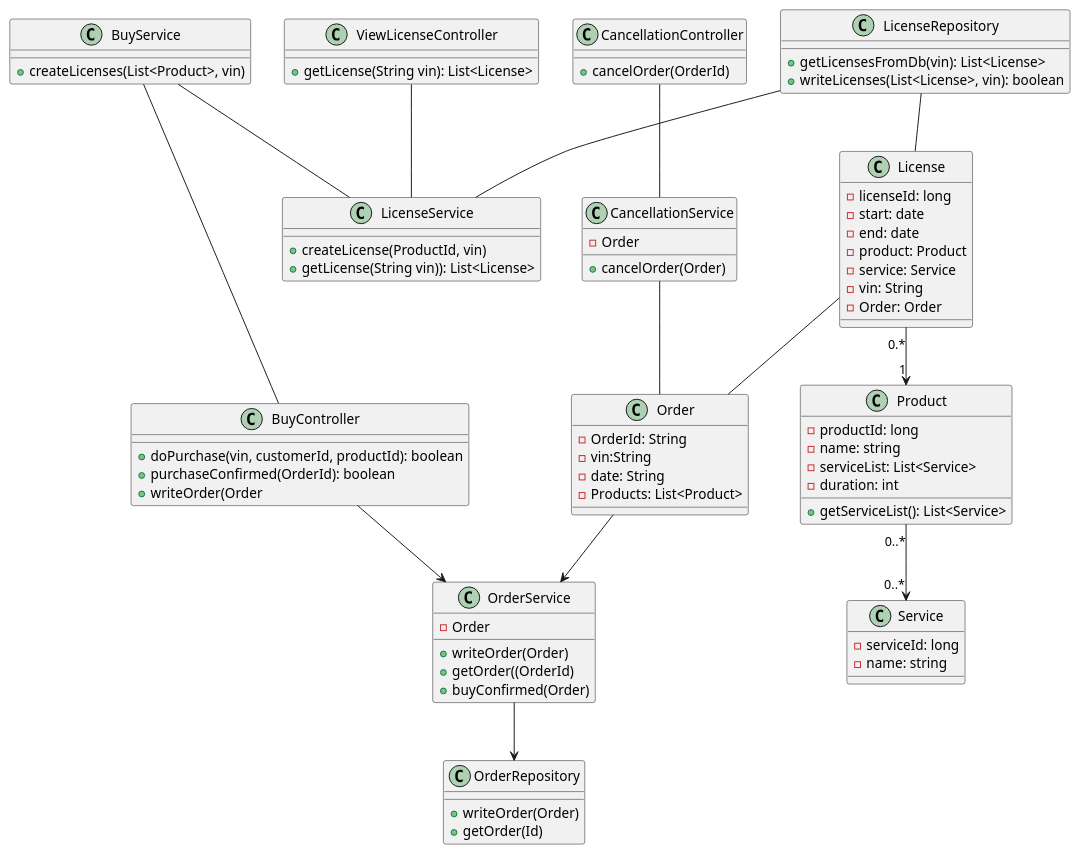
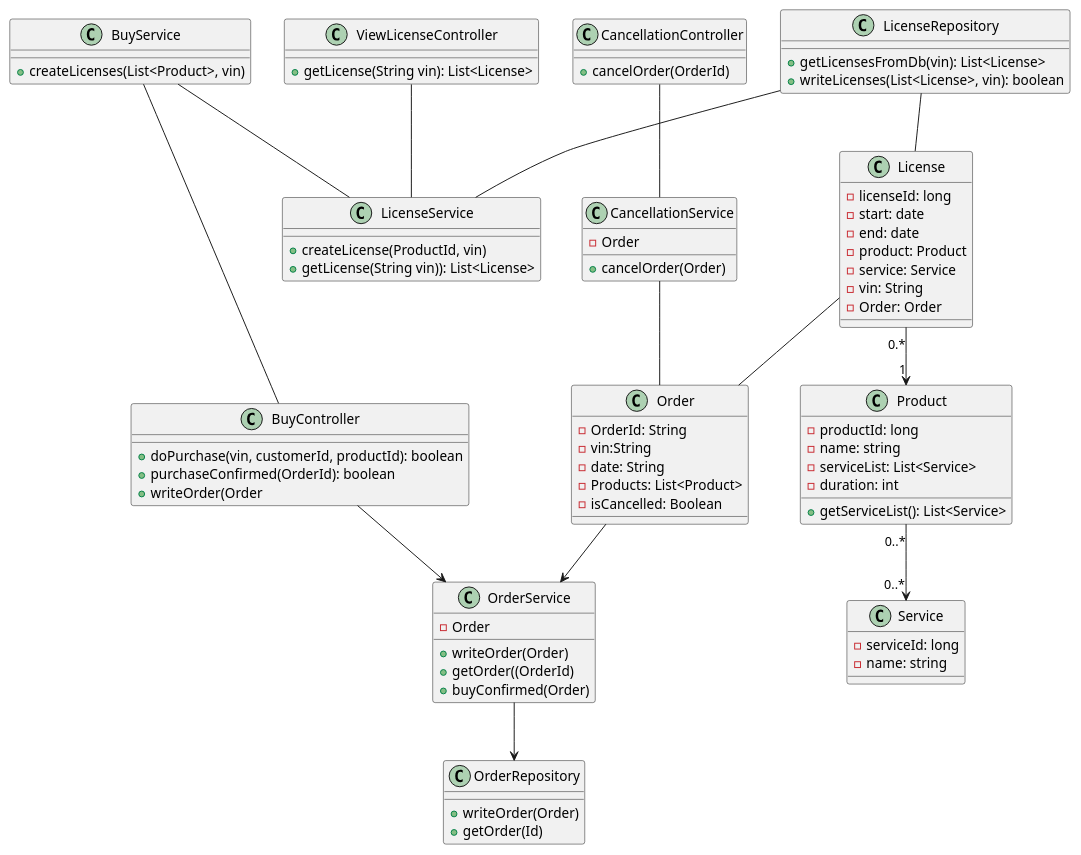
Before and after one commit to ljbg1996/car-backend: the diagram in Phase_1/2.0 class.puml, drawn with PlantUML.

Commit message:
Anpassung Klassendiagramm 1.0

```diff
--- a/Phase_1/2.0 class.puml
+++ b/Phase_1/2.0 class.puml
@@ -1,100 +1,102 @@
 @startuml
 
 class Product {
     - productId: long
     - name: string
     - serviceList: List<Service>
     - duration: int
     + getServiceList(): List<Service>
 
 }
 
 class Service {
     - serviceId: long
     - name: string
 
 }
 
 
 class License {
     - licenseId: long
     - start: date
     - end: date
     - product: Product
     - service: Service
     - vin: String
     - Order: Order
 }
 
 class LicenseRepository{
 
     +getLicensesFromDb(vin): List<License>
     +writeLicenses(List<License>, vin): boolean
 
 }
 
 class ViewLicenseController {
     + getLicense(String vin): List<License>
 }
 
 class BuyController {
 
     + doPurchase(vin, customerId, productId): boolean
     + purchaseConfirmed(OrderId): boolean
     + writeOrder(Order
 }
 class CancellationController{
 + cancelOrder(OrderId)
 }
 CancellationController -- CancellationService
 class CancellationService{
 - Order
 +cancelOrder(Order)
 }
 CancellationService -- Order
 class OrderRepository{
 +writeOrder(Order)
 +getOrder(Id)
 }
 
 class Order{
 -OrderId: String
 -vin:String
 -date: String
 -Products: List<Product>
+    - isCancelled: Boolean
+
 
 }
 
 class OrderService{
     -Order
     +writeOrder(Order)
     +getOrder((OrderId)
     +buyConfirmed(Order)
 }
 
 class LicenseService{
 
     + createLicense(ProductId, vin)
     + getLicense(String vin)): List<License>
 
 }
 
 class BuyService {
 
     +createLicenses(List<Product>, vin)
 }
 
 LicenseRepository-- License
 LicenseRepository -- LicenseService
 BuyService -- LicenseService
 ViewLicenseController -- LicenseService
 BuyController --> OrderService
 
 BuyService -- BuyController
 License -- Order
 
 License "0.*" --> "1"Product
 Product "0..*" --> "0..*" Service
 OrderService --> OrderRepository
 Order --> OrderService
 @enduml
```
